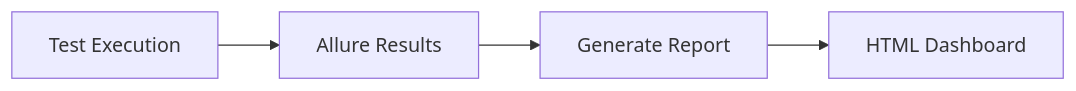
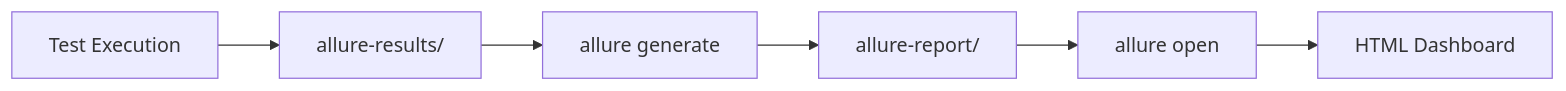
One commit to PramodDutta/APIAutomationFramworkATB15x changed the eighth of 9 diagrams in README.md. Above: the diagram before and after it, drawn with Mermaid. The commit also changed other lines of this file and 19 other files, not shown here.

First line of the commit message:
Add E2E integration test flows, Log4j logging, and Jenkinsfile

````diff
--- a/README.md
+++ b/README.md
@@ -331,6 +441,8 @@
 ```mermaid
 flowchart LR
-    A[Test Execution] --> B[Allure Results]
-    B --> C[Generate Report]
-    C --> D[HTML Dashboard]
+    A[Test Execution] --> B[allure-results/]
+    B --> C[allure generate]
+    C --> D[allure-report/]
+    D --> E[allure open]
+    E --> F[HTML Dashboard]
 ```
````
